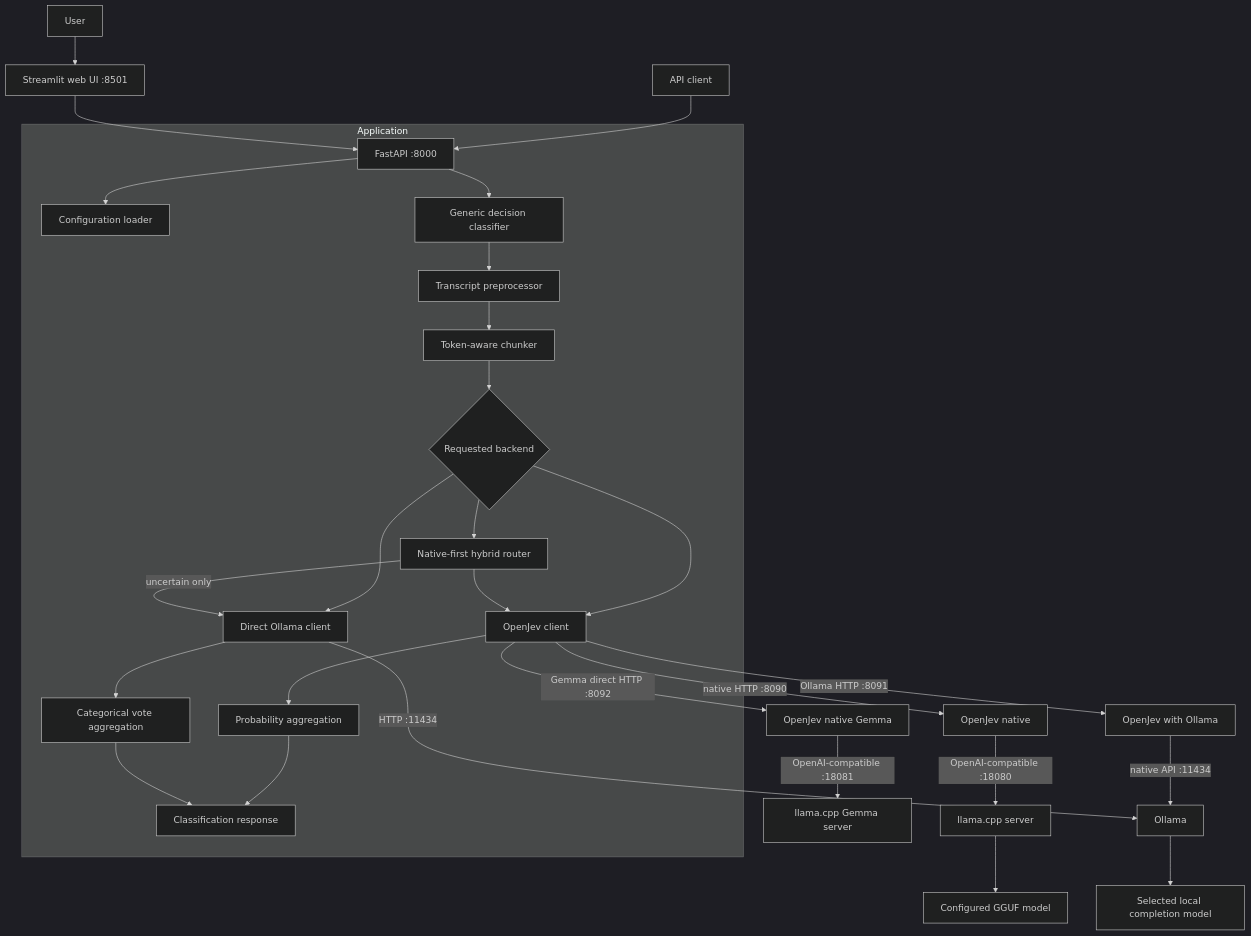
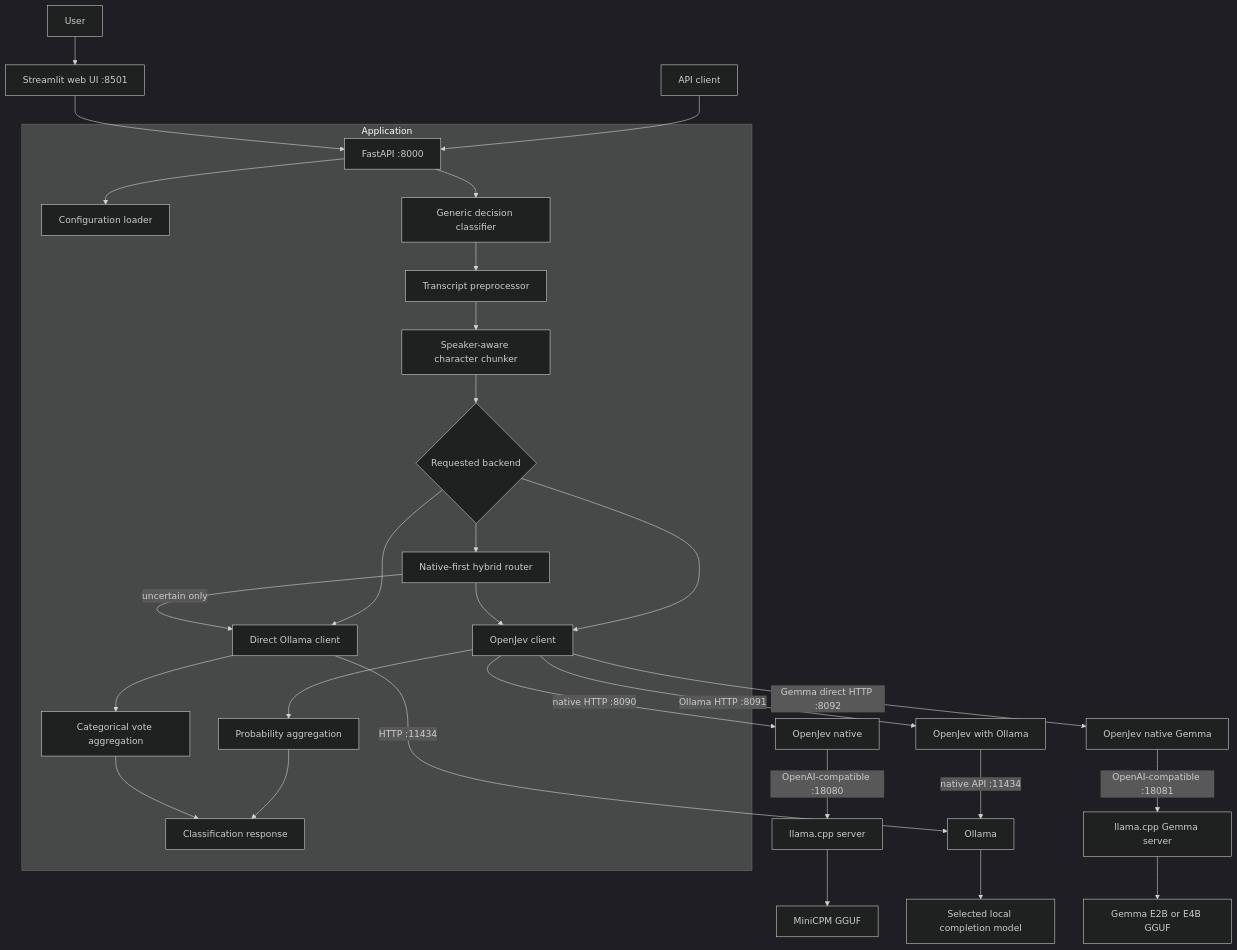
Before and after one commit to deb-cod/transcription-jev: the first of 3 diagrams in architecture.md, drawn with Mermaid (dark theme). The commit also changed other lines of this file and 12 other files, not shown here.

````diff
--- a/architecture.md
+++ b/architecture.md
@@ -7,34 +7,35 @@
 ```mermaid
 flowchart TB
     User[User] --> Browser[Streamlit web UI :8501]
     Client[API client] --> API[FastAPI :8000]
     Browser --> API
 
     subgraph Application
         API --> Loader[Configuration loader]
         API --> Classifier[Generic decision classifier]
         Classifier --> Prep[Transcript preprocessor]
-        Prep --> Chunker[Token-aware chunker]
+        Prep --> Chunker[Speaker-aware character chunker]
         Chunker --> Router{Requested backend}
         Router --> OJC[OpenJev client]
         Router --> OLC[Direct Ollama client]
         Router --> Hybrid[Native-first hybrid router]
         Hybrid --> OJC
         Hybrid -->|uncertain only| OLC
         OJC --> AggP[Probability aggregation]
         OLC --> AggV[Categorical vote aggregation]
         AggP --> Response[Classification response]
         AggV --> Response
     end
 
     OJC -->|native HTTP :8090| OpenJev[OpenJev native]
     OJC -->|Ollama HTTP :8091| OpenJevOllama[OpenJev with Ollama]
     OJC -->|Gemma direct HTTP :8092| OpenJevGemma[OpenJev native Gemma]
     OpenJevOllama -->|native API :11434| Ollama
     OpenJev -->|OpenAI-compatible :18080| Llama[llama.cpp server]
     OpenJevGemma -->|OpenAI-compatible :18081| LlamaGemma[llama.cpp Gemma server]
-    Llama --> GGUF[Configured GGUF model]
+    Llama --> MiniGGUF[MiniCPM GGUF]
+    LlamaGemma --> GemmaGGUF[Gemma E2B or E4B GGUF]
 
     OLC -->|HTTP :11434| Ollama[Ollama]
     Ollama --> LocalModel[Selected local completion model]
 ```
````
